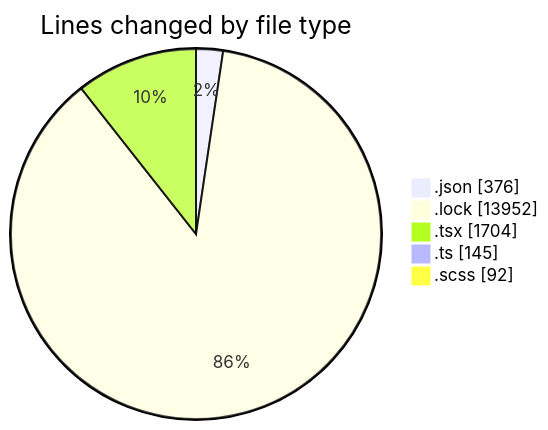
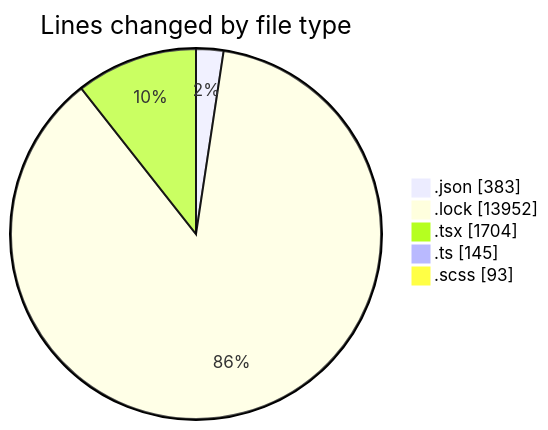
The first of 2 diagrams in 2026-05-14/cda/README.md (momahboobian/code-tracking), drawn with Mermaid before and after one commit. The commit also changed other lines of this file and 1 other file, not shown here.

````diff
--- a/2026-05-14/cda/README.md
+++ b/2026-05-14/cda/README.md
@@ -34,9 +34,9 @@
 ```mermaid
 pie showData
 title Lines changed by file type
-".json" : 376
+".json" : 383
 ".lock" : 13952
 ".tsx" : 1704
 ".ts" : 145
-".scss" : 92
+".scss" : 93
 ```
````
